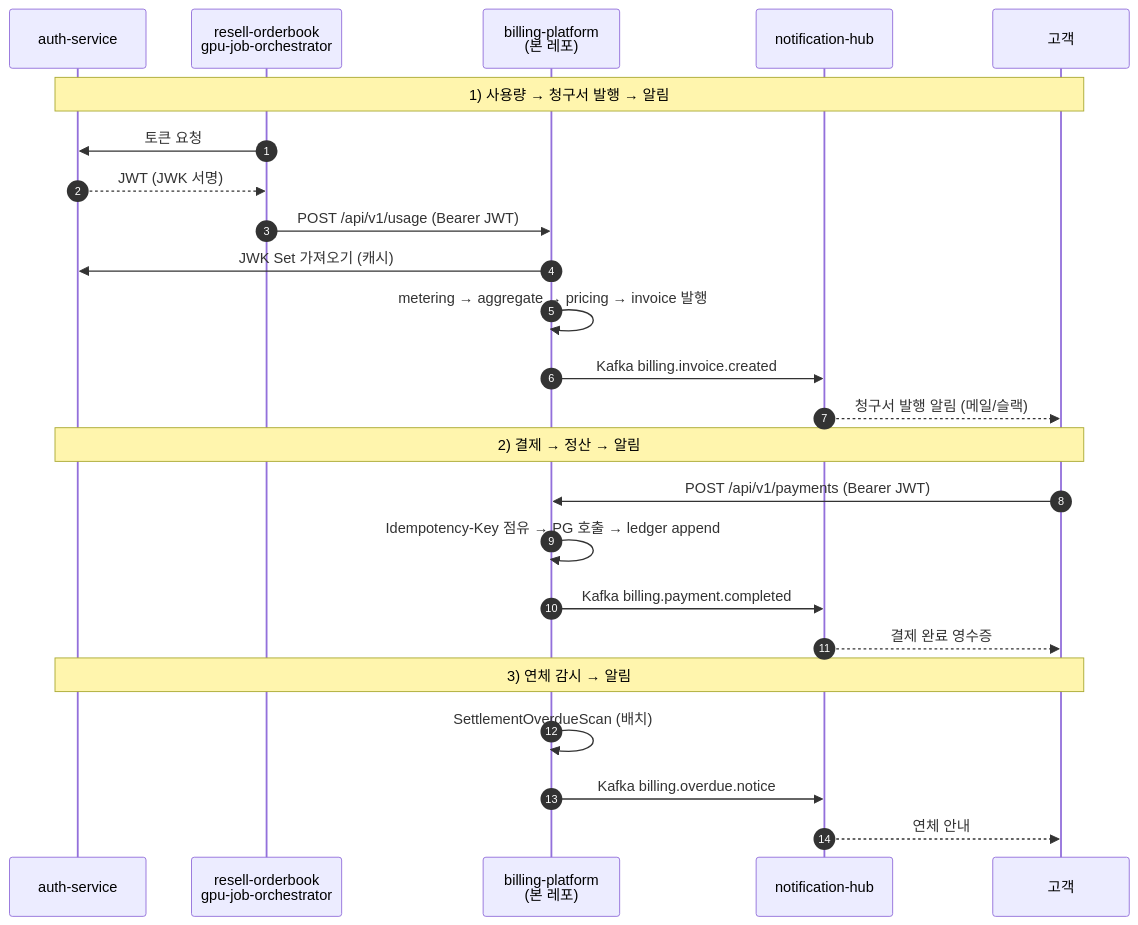
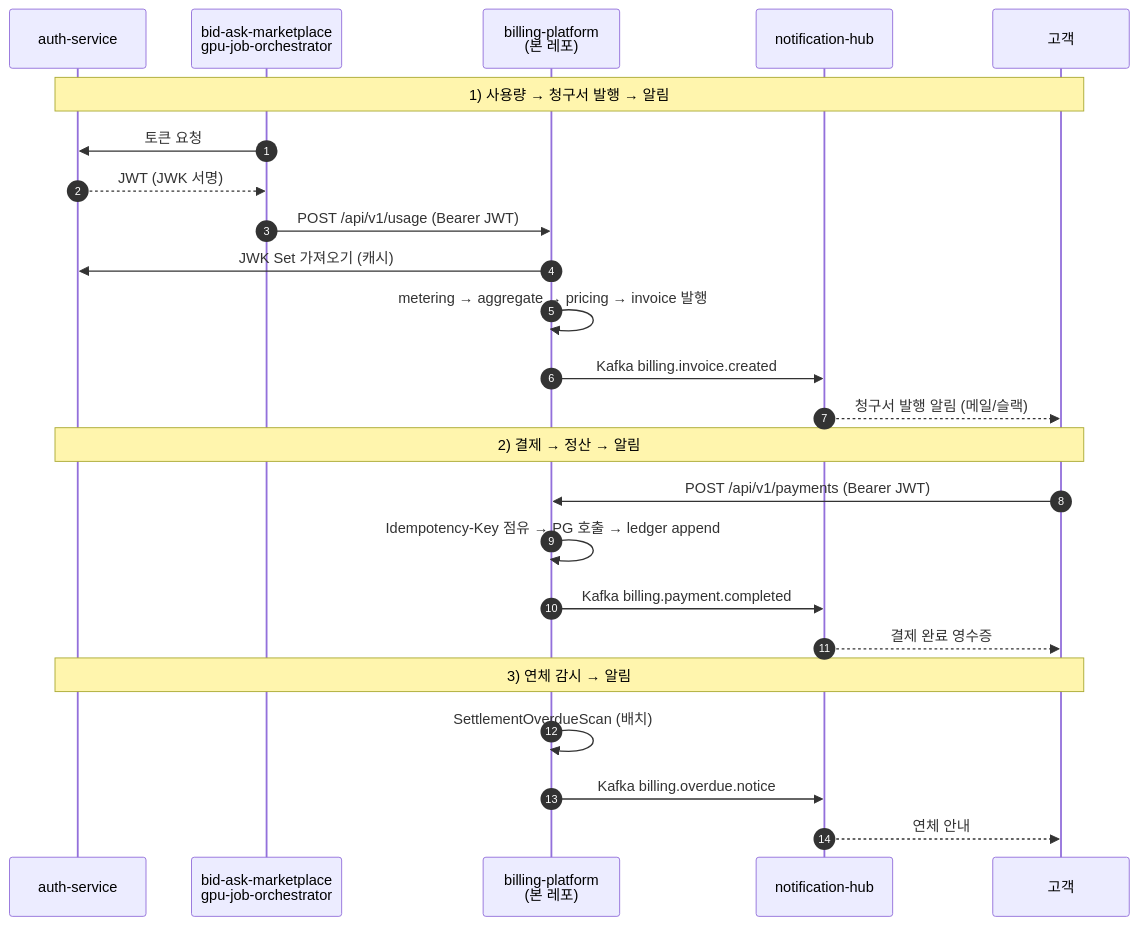
The third of 3 diagrams in README.md (ssa1004/billing-platform), drawn with Mermaid before and after one commit. The commit also changed other lines of this file and 2 other files, not shown here.

Commit message:
docs: portfolio cross-reference resell-orderbook → bid-ask-marketplace
resell-orderbook GitHub 레포가 bid-ask-marketplace 로 rename 됨.

- README.md: 7 레포 표 + sequence 다이어그램 Producer 인용
- load/README.md: usage event 발사 레포 인용
- infrastructure/docker-compose.integration.yml: 헤더 주석 + usage-producer 주석

````diff
--- a/README.md
+++ b/README.md
@@ -331,29 +331,29 @@
 ```mermaid
 sequenceDiagram
     autonumber
     participant Auth as auth-service
-    participant Producer as resell-orderbook<br/>gpu-job-orchestrator
+    participant Producer as bid-ask-marketplace<br/>gpu-job-orchestrator
     participant Bill as billing-platform<br/>(본 레포)
     participant Notif as notification-hub
     participant User as 고객
 
     Note over Auth,User: 1) 사용량 → 청구서 발행 → 알림
     Producer->>Auth: 토큰 요청
     Auth-->>Producer: JWT (JWK 서명)
     Producer->>Bill: POST /api/v1/usage (Bearer JWT)
     Bill->>Auth: JWK Set 가져오기 (캐시)
     Bill->>Bill: metering → aggregate → pricing → invoice 발행
     Bill->>Notif: Kafka billing.invoice.created
     Notif-->>User: 청구서 발행 알림 (메일/슬랙)
 
     Note over Auth,User: 2) 결제 → 정산 → 알림
     User->>Bill: POST /api/v1/payments (Bearer JWT)
     Bill->>Bill: Idempotency-Key 점유 → PG 호출 → ledger append
     Bill->>Notif: Kafka billing.payment.completed
     Notif-->>User: 결제 완료 영수증
 
     Note over Auth,User: 3) 연체 감시 → 알림
     Bill->>Bill: SettlementOverdueScan (배치)
     Bill->>Notif: Kafka billing.overdue.notice
     Notif-->>User: 연체 안내
 ```
````
